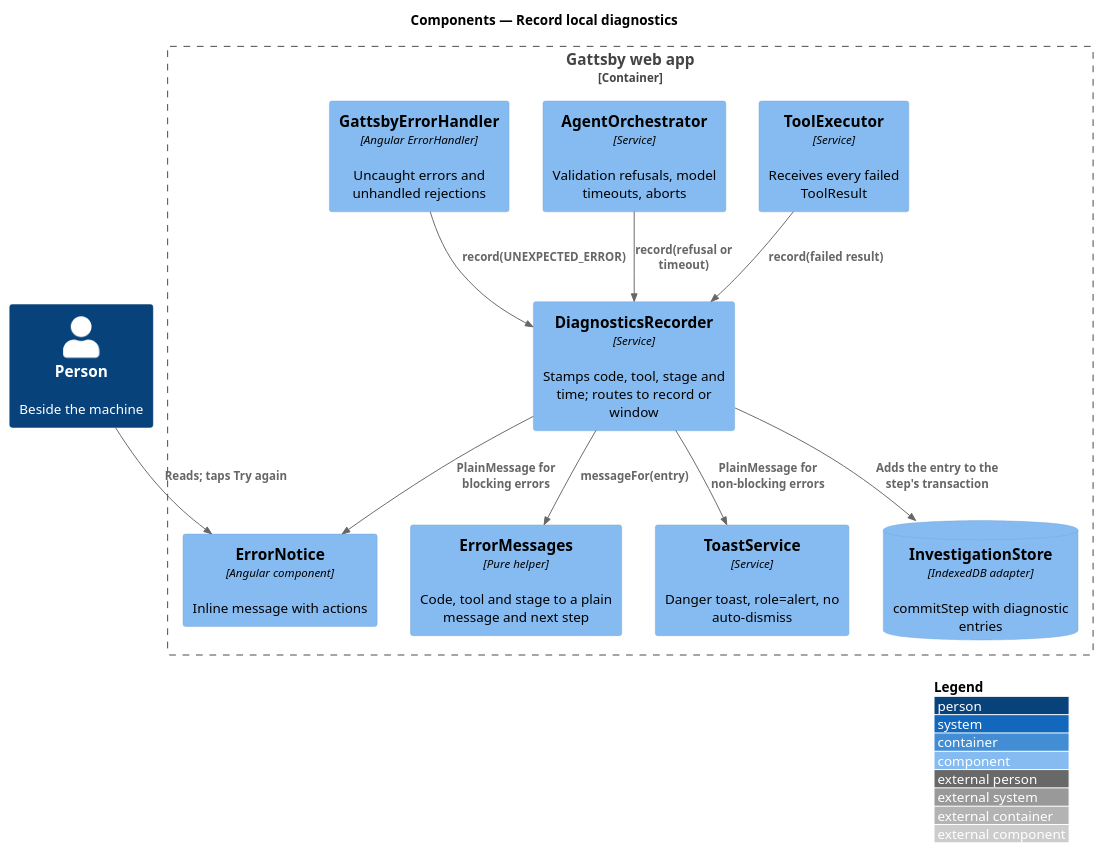
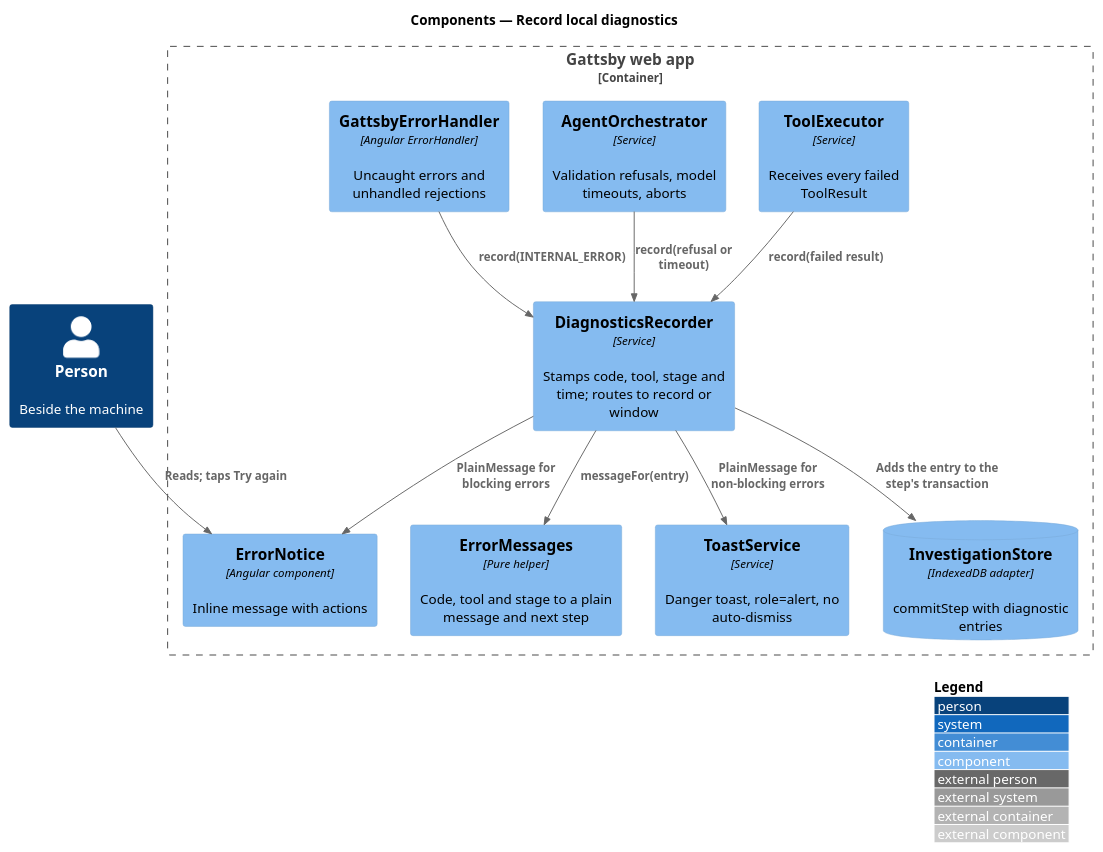
One commit to QuinntyneBrown/gattsby changed the diagram in docs/detailed-designs/platform/record-local-diagnostics/diagrams/c4-component.puml. Above: the diagram before and after it, drawn with PlantUML. The commit also changed 24 other files, not shown here.

```diff
--- a/docs/detailed-designs/platform/record-local-diagnostics/diagrams/c4-component.puml
+++ b/docs/detailed-designs/platform/record-local-diagnostics/diagrams/c4-component.puml
@@ -1,26 +1,26 @@
 @startuml
 !include <C4/C4_Component>
 LAYOUT_WITH_LEGEND()
 title Components — Record local diagnostics
 
 Person(person, "Person", "Beside the machine")
 Container_Boundary(spa, "Gattsby web app") {
   Component(executor, "ToolExecutor", "Service", "Receives every failed ToolResult")
   Component(orch, "AgentOrchestrator", "Service", "Validation refusals, model timeouts, aborts")
   Component(handler, "GattsbyErrorHandler", "Angular ErrorHandler", "Uncaught errors and unhandled rejections")
   Component(recorder, "DiagnosticsRecorder", "Service", "Stamps code, tool, stage and time; routes to record or window")
   Component(messages, "ErrorMessages", "Pure helper", "Code, tool and stage to a plain message and next step")
   Component(notice, "ErrorNotice", "Angular component", "Inline message with actions")
   Component(toast, "ToastService", "Service", "Danger toast, role=alert, no auto-dismiss")
   ComponentDb(store, "InvestigationStore", "IndexedDB adapter", "commitStep with diagnostic entries")
 }
 
 Rel(executor, recorder, "record(failed result)")
 Rel(orch, recorder, "record(refusal or timeout)")
-Rel(handler, recorder, "record(UNEXPECTED_ERROR)")
+Rel(handler, recorder, "record(INTERNAL_ERROR)")
 Rel(recorder, store, "Adds the entry to the step's transaction")
 Rel(recorder, messages, "messageFor(entry)")
 Rel(recorder, notice, "PlainMessage for blocking errors")
 Rel(recorder, toast, "PlainMessage for non-blocking errors")
 Rel(person, notice, "Reads; taps Try again")
 @enduml
```
